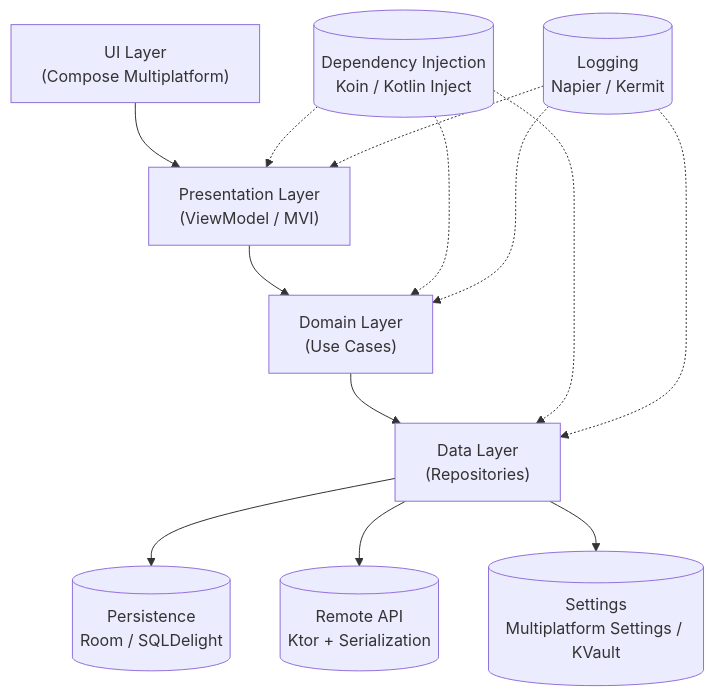
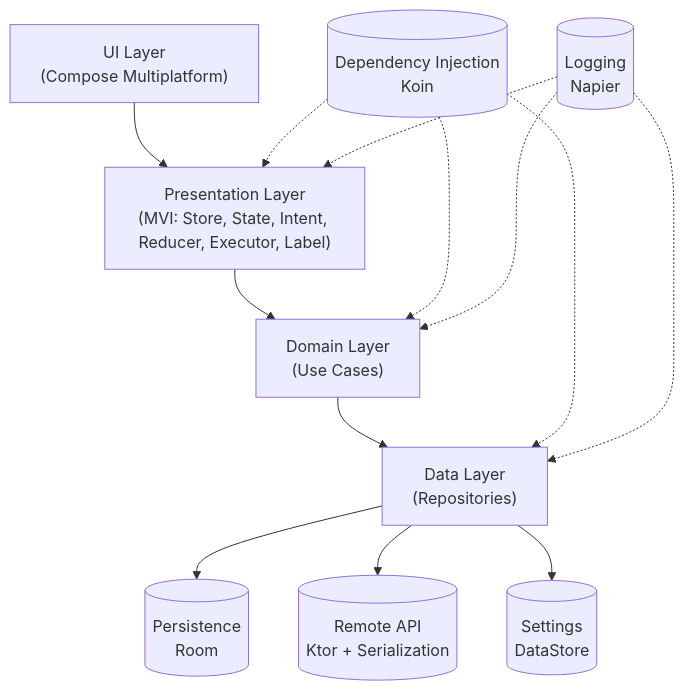
One commit to fabian-rump/crossnotes changed the diagram in README.md. Above: the diagram before and after it, drawn with Mermaid. The commit also changed other lines of this file, not shown here.

````diff
--- a/README.md
+++ b/README.md
@@ -27,16 +27,15 @@
 ```mermaid
 flowchart TD
-    UI["UI Layer\n(Compose Multiplatform)"] --> VM["Presentation Layer\n(ViewModel / MVI)"]
-    VM --> Domain["Domain Layer\n(Use Cases)"]
+    UI["UI Layer\n(Compose Multiplatform)"] --> Presenter["Presentation Layer\n(MVI: Store, State, Intent, Reducer, Executor, Label)"]
+    Presenter --> Domain["Domain Layer\n(Use Cases)"]
     Domain --> Repo["Data Layer\n(Repositories)"]
-    Repo --> DB[("Persistence\nRoom / SQLDelight")]
+    Repo --> DB[("Persistence\nRoom")]
     Repo --> API[("Remote API\nKtor + Serialization")]
-    Repo --> Prefs[("Settings\nMultiplatform Settings / KVault")]
-    DI[("Dependency Injection\nKoin / Kotlin Inject")] -.-> VM
+    Repo --> DS[("Settings\nDataStore")]
+    DI[("Dependency Injection\nKoin")] -.-> Presenter
     DI -.-> Domain
     DI -.-> Repo
-    Log[("Logging\nNapier / Kermit")] -.-> VM
+    Log[("Logging\nNapier")] -.-> Presenter
     Log -.-> Domain
     Log -.-> Repo
-
 ```
````
